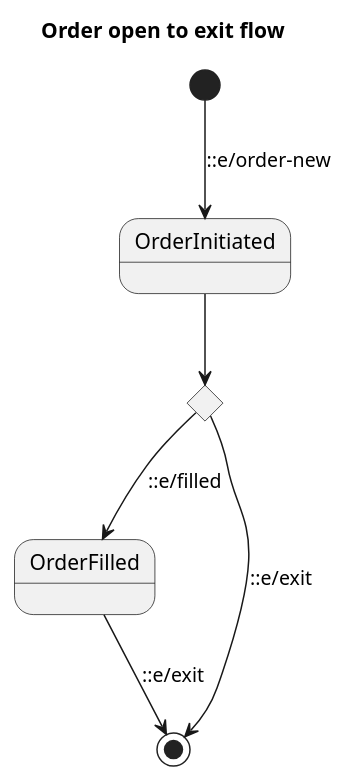
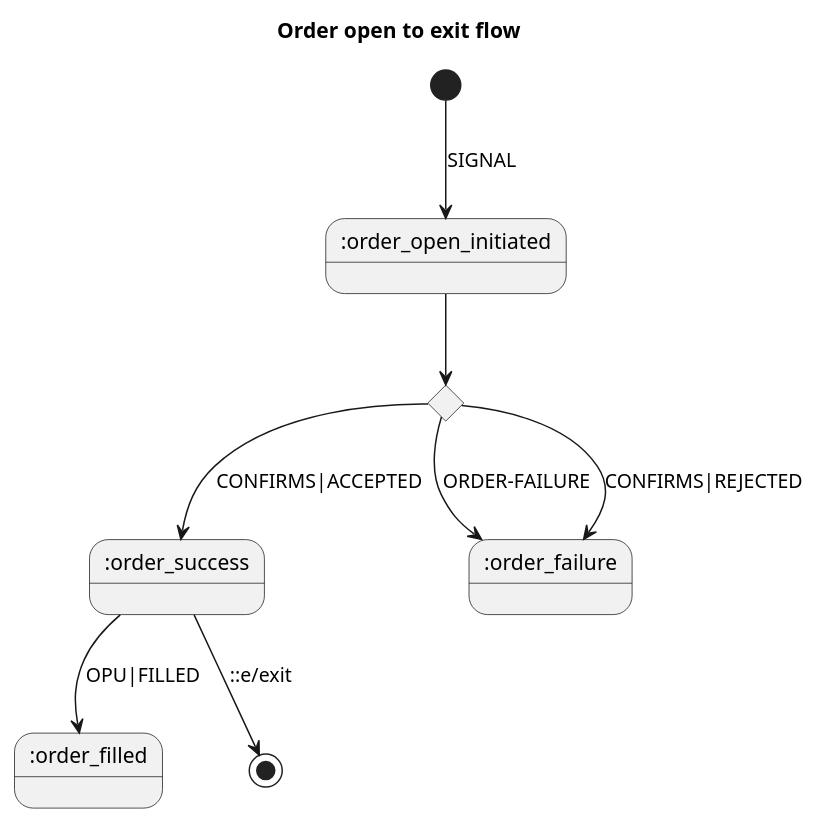
One commit to favetelinguis/bfg-clj changed the second of 2 diagrams in README.org. Above: the diagram before and after it, drawn with PlantUML. The commit also changed other lines of this file and 17 other files, not shown here.

Commit message:
Order flow improves

```diff
--- a/README.org
+++ b/README.org
@@ -53,10 +31,12 @@
 #+begin_src plantuml :file ./images/order.png
 title Order open to exit flow
 
-[*] --> OrderInitiated : ::e/order-new
+[*] --> :order_open_initiated : SIGNAL
 state c <<choice>>
-OrderInitiated --> c
-c --> OrderFilled : ::e/filled
-c --> [*] : ::e/exit
-OrderFilled --> [*] : ::e/exit
+:order_open_initiated --> c
+c --> :order_success : CONFIRMS|ACCEPTED
+c --> :order_failure : ORDER-FAILURE
+c --> :order_failure : CONFIRMS|REJECTED
+:order_success --> :order_filled : OPU|FILLED
+:order_success --> [*] : ::e/exit
 #+end_src
```
